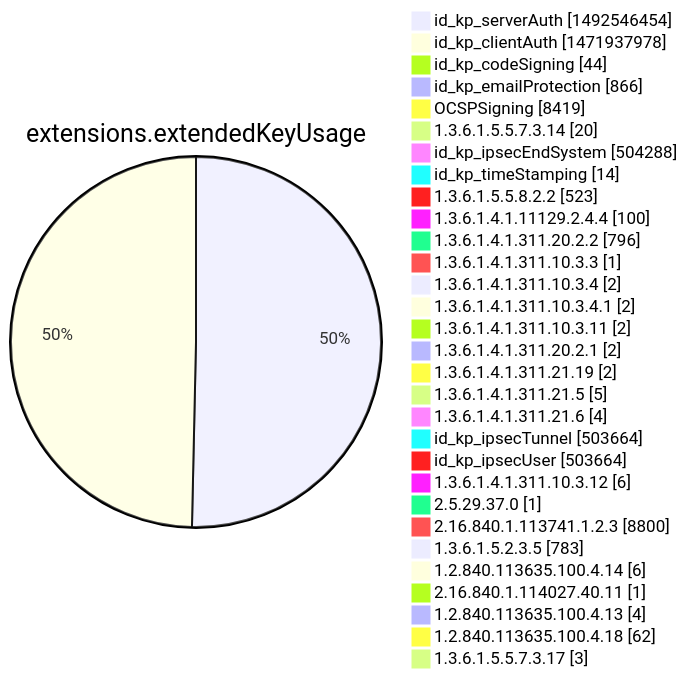
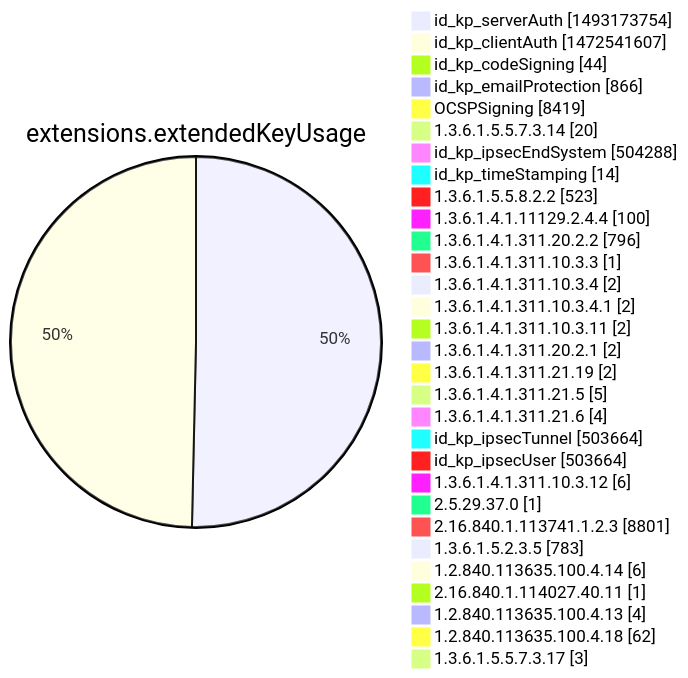
One commit to christiankrug/ctmonitor_visualization changed diagram 12 of 15 in argon2022/README.md. Above: the diagram before and after it, drawn with Mermaid. The commit also changed other lines of this file, not shown here.

````diff
--- a/argon2022/README.md
+++ b/argon2022/README.md
@@ -3555,34 +3555,34 @@
 ```mermaid
 pie showData
 title extensions.extendedKeyUsage
-"id_kp_serverAuth" :1492546454
-"id_kp_clientAuth" :1471937978
+"id_kp_serverAuth" :1493173754
+"id_kp_clientAuth" :1472541607
 "id_kp_codeSigning" :44
 "id_kp_emailProtection" :866
 "OCSPSigning" :8419
 "1.3.6.1.5.5.7.3.14" :20
 "id_kp_ipsecEndSystem" :504288
 "id_kp_timeStamping" :14
 "1.3.6.1.5.5.8.2.2" :523
 "1.3.6.1.4.1.11129.2.4.4" :100
 "1.3.6.1.4.1.311.20.2.2" :796
 "1.3.6.1.4.1.311.10.3.3" :1
 "1.3.6.1.4.1.311.10.3.4" :2
 "1.3.6.1.4.1.311.10.3.4.1" :2
 "1.3.6.1.4.1.311.10.3.11" :2
 "1.3.6.1.4.1.311.20.2.1" :2
 "1.3.6.1.4.1.311.21.19" :2
 "1.3.6.1.4.1.311.21.5" :5
 "1.3.6.1.4.1.311.21.6" :4
 "id_kp_ipsecTunnel" :503664
 "id_kp_ipsecUser" :503664
 "1.3.6.1.4.1.311.10.3.12" :6
 "2.5.29.37.0" :1
-"2.16.840.1.113741.1.2.3" :8800
+"2.16.840.1.113741.1.2.3" :8801
 "1.3.6.1.5.2.3.5" :783
 "1.2.840.113635.100.4.14" :6
 "2.16.840.1.114027.40.11" :1
 "1.2.840.113635.100.4.13" :4
 "1.2.840.113635.100.4.18" :62
 "1.3.6.1.5.5.7.3.17" :3
 ```
````
